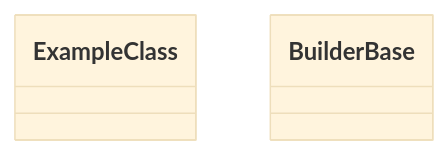
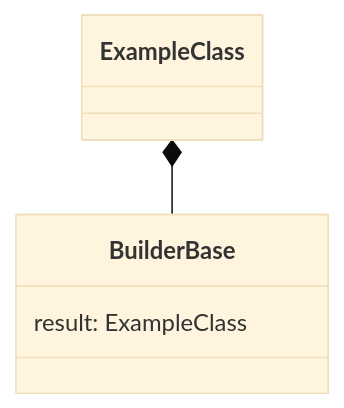
Before and after one commit to Bix2llets/CS202---Seminar: the fourth of 4 diagrams in 1. Builder/Builder.md, drawn with Mermaid (base theme). The commit also changed other lines of this file, not shown here.

Commit message:
Add diagram for example of builder. Change the problem statement

````diff
--- a/1. Builder/Builder.md
+++ b/1. Builder/Builder.md
@@ -135,8 +129,12 @@
 ```mermaid
 classDiagram
+class ExampleClass{
+ 
+}
+ExampleClass *-- BuilderBase
+class BuilderBase{
+ result: ExampleClass
 
-class ExampleClass
-class BuilderBase{
 
 }
 ```
````
